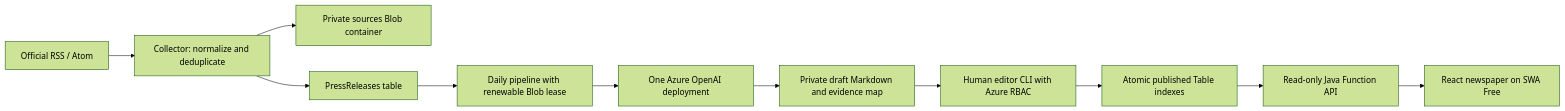
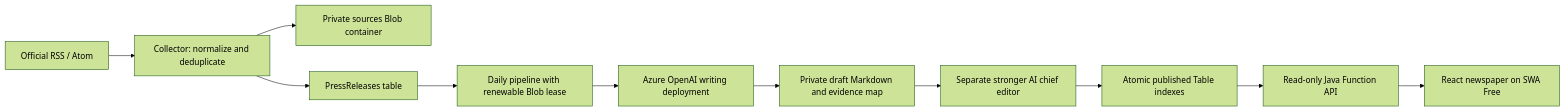
The diagram in docs/architecture.md (MartinHBA/ainoviny), drawn with Mermaid (forest theme) before and after one commit. The commit also changed other lines of this file and 33 other files, not shown here.

````diff
--- a/docs/architecture.md
+++ b/docs/architecture.md
@@ -5,13 +5,13 @@
 ```mermaid
 flowchart LR
   S[Official RSS / Atom] --> C[Collector: normalize and deduplicate]
   C --> B[Private sources Blob container]
   C --> T[PressReleases table]
   T --> P[Daily pipeline with renewable Blob lease]
-  P --> A[One Azure OpenAI deployment]
+  P --> A[Azure OpenAI writing deployment]
   A --> D[Private draft Markdown and evidence map]
-  D --> E[Human editor CLI with Azure RBAC]
+  D --> E[Separate stronger AI chief editor]
   E --> I[Atomic published Table indexes]
   I --> R[Read-only Java Function API]
   R --> F[React newspaper on SWA Free]
 ```
````
